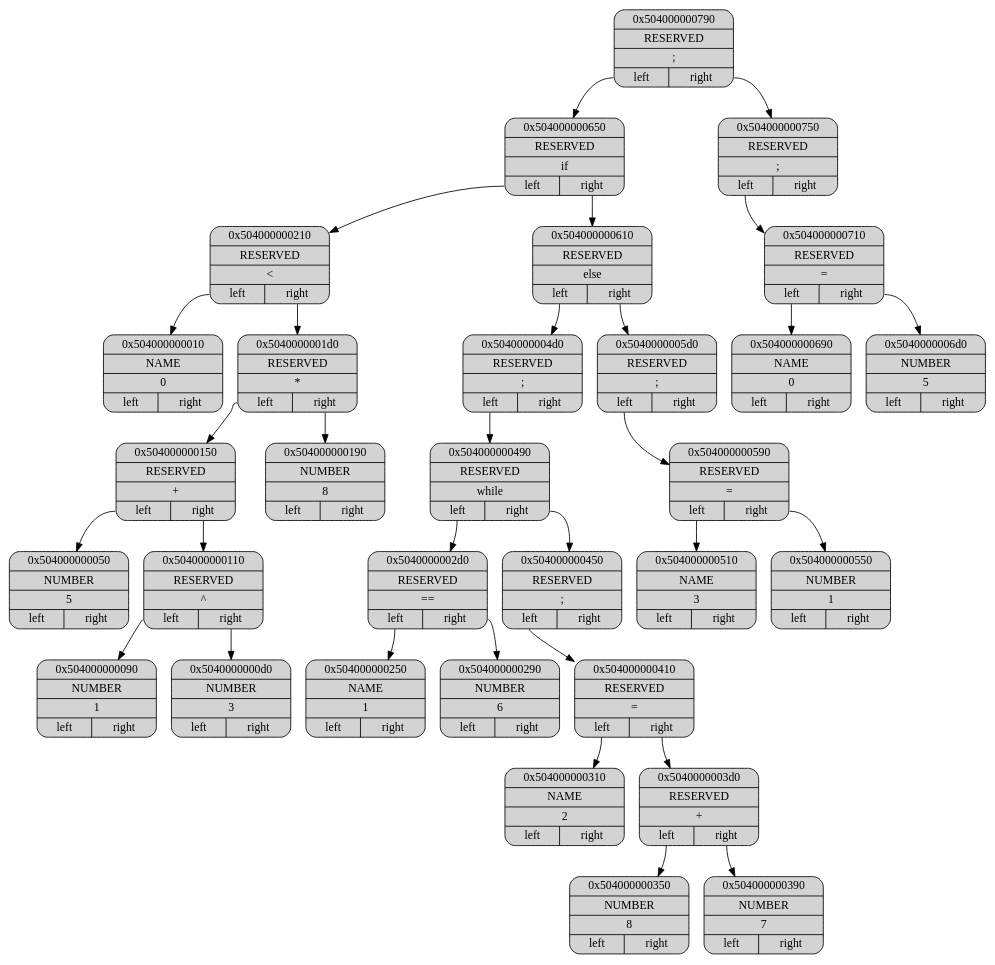
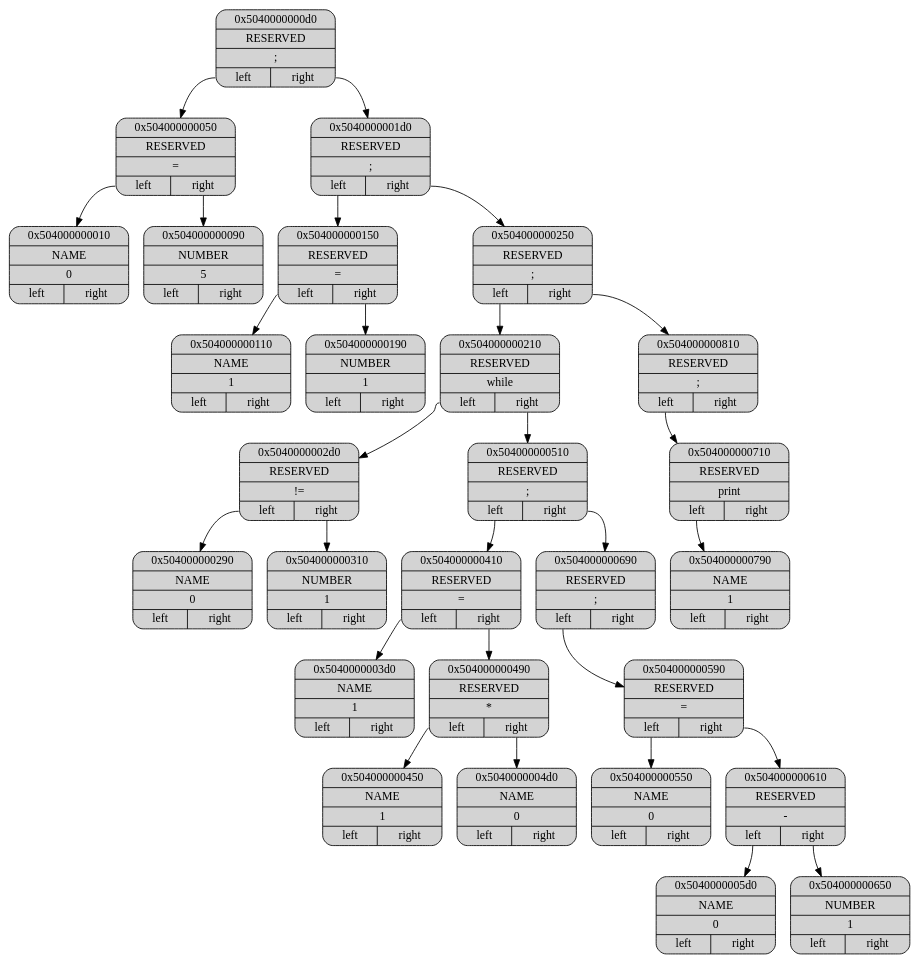
Before and after one commit to ashqqy/Language: the diagram in dump/dump.dot, drawn with Graphviz. The commit also changed 25 other files, not shown here.

```diff
--- a/dump/dump.dot
+++ b/dump/dump.dot
@@ -1,67 +1,61 @@
 digraph G
 {
 node[shape="record", style="rounded, filled"];
 
-p0x504000000790[label = "{ <ptr> 0x504000000790 | <type> RESERVED | <data> \; | { <l>left|<r>right } }"];
-p0x504000000650[label = "{ <ptr> 0x504000000650 | <type> RESERVED | <data> \if | { <l>left|<r>right } }"];
-p0x504000000210[label = "{ <ptr> 0x504000000210 | <type> RESERVED | <data> \< | { <l>left|<r>right } }"];
+p0x5040000000d0[label = "{ <ptr> 0x5040000000d0 | <type> RESERVED | <data> \; | { <l>left|<r>right } }"];
+p0x504000000050[label = "{ <ptr> 0x504000000050 | <type> RESERVED | <data> \= | { <l>left|<r>right } }"];
 p0x504000000010[label = "{ <ptr> 0x504000000010 | <type> NAME | <data> 0 | { <l>left|<r>right } }"];
-p0x5040000001d0[label = "{ <ptr> 0x5040000001d0 | <type> RESERVED | <data> \* | { <l>left|<r>right } }"];
-p0x504000000150[label = "{ <ptr> 0x504000000150 | <type> RESERVED | <data> \+ | { <l>left|<r>right } }"];
-p0x504000000050[label = "{ <ptr> 0x504000000050 | <type> NUMBER | <data> 5 | { <l>left|<r>right } }"];
-p0x504000000110[label = "{ <ptr> 0x504000000110 | <type> RESERVED | <data> \^ | { <l>left|<r>right } }"];
-p0x504000000090[label = "{ <ptr> 0x504000000090 | <type> NUMBER | <data> 1 | { <l>left|<r>right } }"];
-p0x5040000000d0[label = "{ <ptr> 0x5040000000d0 | <type> NUMBER | <data> 3 | { <l>left|<r>right } }"];
-p0x504000000190[label = "{ <ptr> 0x504000000190 | <type> NUMBER | <data> 8 | { <l>left|<r>right } }"];
-p0x504000000610[label = "{ <ptr> 0x504000000610 | <type> RESERVED | <data> \else | { <l>left|<r>right } }"];
-p0x5040000004d0[label = "{ <ptr> 0x5040000004d0 | <type> RESERVED | <data> \; | { <l>left|<r>right } }"];
-p0x504000000490[label = "{ <ptr> 0x504000000490 | <type> RESERVED | <data> \while | { <l>left|<r>right } }"];
-p0x5040000002d0[label = "{ <ptr> 0x5040000002d0 | <type> RESERVED | <data> \== | { <l>left|<r>right } }"];
-p0x504000000250[label = "{ <ptr> 0x504000000250 | <type> NAME | <data> 1 | { <l>left|<r>right } }"];
-p0x504000000290[label = "{ <ptr> 0x504000000290 | <type> NUMBER | <data> 6 | { <l>left|<r>right } }"];
-p0x504000000450[label = "{ <ptr> 0x504000000450 | <type> RESERVED | <data> \; | { <l>left|<r>right } }"];
+p0x504000000090[label = "{ <ptr> 0x504000000090 | <type> NUMBER | <data> 5 | { <l>left|<r>right } }"];
+p0x5040000001d0[label = "{ <ptr> 0x5040000001d0 | <type> RESERVED | <data> \; | { <l>left|<r>right } }"];
+p0x504000000150[label = "{ <ptr> 0x504000000150 | <type> RESERVED | <data> \= | { <l>left|<r>right } }"];
+p0x504000000110[label = "{ <ptr> 0x504000000110 | <type> NAME | <data> 1 | { <l>left|<r>right } }"];
+p0x504000000190[label = "{ <ptr> 0x504000000190 | <type> NUMBER | <data> 1 | { <l>left|<r>right } }"];
+p0x504000000250[label = "{ <ptr> 0x504000000250 | <type> RESERVED | <data> \; | { <l>left|<r>right } }"];
+p0x504000000210[label = "{ <ptr> 0x504000000210 | <type> RESERVED | <data> \while | { <l>left|<r>right } }"];
+p0x5040000002d0[label = "{ <ptr> 0x5040000002d0 | <type> RESERVED | <data> \!= | { <l>left|<r>right } }"];
+p0x504000000290[label = "{ <ptr> 0x504000000290 | <type> NAME | <data> 0 | { <l>left|<r>right } }"];
+p0x504000000310[label = "{ <ptr> 0x504000000310 | <type> NUMBER | <data> 1 | { <l>left|<r>right } }"];
+p0x504000000510[label = "{ <ptr> 0x504000000510 | <type> RESERVED | <data> \; | { <l>left|<r>right } }"];
 p0x504000000410[label = "{ <ptr> 0x504000000410 | <type> RESERVED | <data> \= | { <l>left|<r>right } }"];
-p0x504000000310[label = "{ <ptr> 0x504000000310 | <type> NAME | <data> 2 | { <l>left|<r>right } }"];
-p0x5040000003d0[label = "{ <ptr> 0x5040000003d0 | <type> RESERVED | <data> \+ | { <l>left|<r>right } }"];
-p0x504000000350[label = "{ <ptr> 0x504000000350 | <type> NUMBER | <data> 8 | { <l>left|<r>right } }"];
-p0x504000000390[label = "{ <ptr> 0x504000000390 | <type> NUMBER | <data> 7 | { <l>left|<r>right } }"];
-p0x5040000005d0[label = "{ <ptr> 0x5040000005d0 | <type> RESERVED | <data> \; | { <l>left|<r>right } }"];
+p0x5040000003d0[label = "{ <ptr> 0x5040000003d0 | <type> NAME | <data> 1 | { <l>left|<r>right } }"];
+p0x504000000490[label = "{ <ptr> 0x504000000490 | <type> RESERVED | <data> \* | { <l>left|<r>right } }"];
+p0x504000000450[label = "{ <ptr> 0x504000000450 | <type> NAME | <data> 1 | { <l>left|<r>right } }"];
+p0x5040000004d0[label = "{ <ptr> 0x5040000004d0 | <type> NAME | <data> 0 | { <l>left|<r>right } }"];
+p0x504000000690[label = "{ <ptr> 0x504000000690 | <type> RESERVED | <data> \; | { <l>left|<r>right } }"];
 p0x504000000590[label = "{ <ptr> 0x504000000590 | <type> RESERVED | <data> \= | { <l>left|<r>right } }"];
-p0x504000000510[label = "{ <ptr> 0x504000000510 | <type> NAME | <data> 3 | { <l>left|<r>right } }"];
-p0x504000000550[label = "{ <ptr> 0x504000000550 | <type> NUMBER | <data> 1 | { <l>left|<r>right } }"];
-p0x504000000750[label = "{ <ptr> 0x504000000750 | <type> RESERVED | <data> \; | { <l>left|<r>right } }"];
-p0x504000000710[label = "{ <ptr> 0x504000000710 | <type> RESERVED | <data> \= | { <l>left|<r>right } }"];
-p0x504000000690[label = "{ <ptr> 0x504000000690 | <type> NAME | <data> 0 | { <l>left|<r>right } }"];
-p0x5040000006d0[label = "{ <ptr> 0x5040000006d0 | <type> NUMBER | <data> 5 | { <l>left|<r>right } }"];
+p0x504000000550[label = "{ <ptr> 0x504000000550 | <type> NAME | <data> 0 | { <l>left|<r>right } }"];
+p0x504000000610[label = "{ <ptr> 0x504000000610 | <type> RESERVED | <data> \- | { <l>left|<r>right } }"];
+p0x5040000005d0[label = "{ <ptr> 0x5040000005d0 | <type> NAME | <data> 0 | { <l>left|<r>right } }"];
+p0x504000000650[label = "{ <ptr> 0x504000000650 | <type> NUMBER | <data> 1 | { <l>left|<r>right } }"];
+p0x504000000810[label = "{ <ptr> 0x504000000810 | <type> RESERVED | <data> \; | { <l>left|<r>right } }"];
+p0x504000000710[label = "{ <ptr> 0x504000000710 | <type> RESERVED | <data> \print | { <l>left|<r>right } }"];
+p0x504000000790[label = "{ <ptr> 0x504000000790 | <type> NAME | <data> 1 | { <l>left|<r>right } }"];
 
-p0x504000000790:<l> -> p0x504000000650
-p0x504000000650:<l> -> p0x504000000210
-p0x504000000210:<l> -> p0x504000000010
-p0x504000000210:<r> -> p0x5040000001d0
+p0x5040000000d0:<l> -> p0x504000000050
+p0x504000000050:<l> -> p0x504000000010
+p0x504000000050:<r> -> p0x504000000090
+p0x5040000000d0:<r> -> p0x5040000001d0
 p0x5040000001d0:<l> -> p0x504000000150
-p0x504000000150:<l> -> p0x504000000050
-p0x504000000150:<r> -> p0x504000000110
-p0x504000000110:<l> -> p0x504000000090
-p0x504000000110:<r> -> p0x5040000000d0
-p0x5040000001d0:<r> -> p0x504000000190
-p0x504000000650:<r> -> p0x504000000610
-p0x504000000610:<l> -> p0x5040000004d0
-p0x5040000004d0:<l> -> p0x504000000490
-p0x504000000490:<l> -> p0x5040000002d0
-p0x5040000002d0:<l> -> p0x504000000250
-p0x5040000002d0:<r> -> p0x504000000290
-p0x504000000490:<r> -> p0x504000000450
-p0x504000000450:<l> -> p0x504000000410
-p0x504000000410:<l> -> p0x504000000310
-p0x504000000410:<r> -> p0x5040000003d0
-p0x5040000003d0:<l> -> p0x504000000350
-p0x5040000003d0:<r> -> p0x504000000390
-p0x504000000610:<r> -> p0x5040000005d0
-p0x5040000005d0:<l> -> p0x504000000590
-p0x504000000590:<l> -> p0x504000000510
-p0x504000000590:<r> -> p0x504000000550
-p0x504000000790:<r> -> p0x504000000750
-p0x504000000750:<l> -> p0x504000000710
-p0x504000000710:<l> -> p0x504000000690
-p0x504000000710:<r> -> p0x5040000006d0
+p0x504000000150:<l> -> p0x504000000110
+p0x504000000150:<r> -> p0x504000000190
+p0x5040000001d0:<r> -> p0x504000000250
+p0x504000000250:<l> -> p0x504000000210
+p0x504000000210:<l> -> p0x5040000002d0
+p0x5040000002d0:<l> -> p0x504000000290
+p0x5040000002d0:<r> -> p0x504000000310
+p0x504000000210:<r> -> p0x504000000510
+p0x504000000510:<l> -> p0x504000000410
+p0x504000000410:<l> -> p0x5040000003d0
+p0x504000000410:<r> -> p0x504000000490
+p0x504000000490:<l> -> p0x504000000450
+p0x504000000490:<r> -> p0x5040000004d0
+p0x504000000510:<r> -> p0x504000000690
+p0x504000000690:<l> -> p0x504000000590
+p0x504000000590:<l> -> p0x504000000550
+p0x504000000590:<r> -> p0x504000000610
+p0x504000000610:<l> -> p0x5040000005d0
+p0x504000000610:<r> -> p0x504000000650
+p0x504000000250:<r> -> p0x504000000810
+p0x504000000810:<l> -> p0x504000000710
+p0x504000000710:<l> -> p0x504000000790
 }
```
